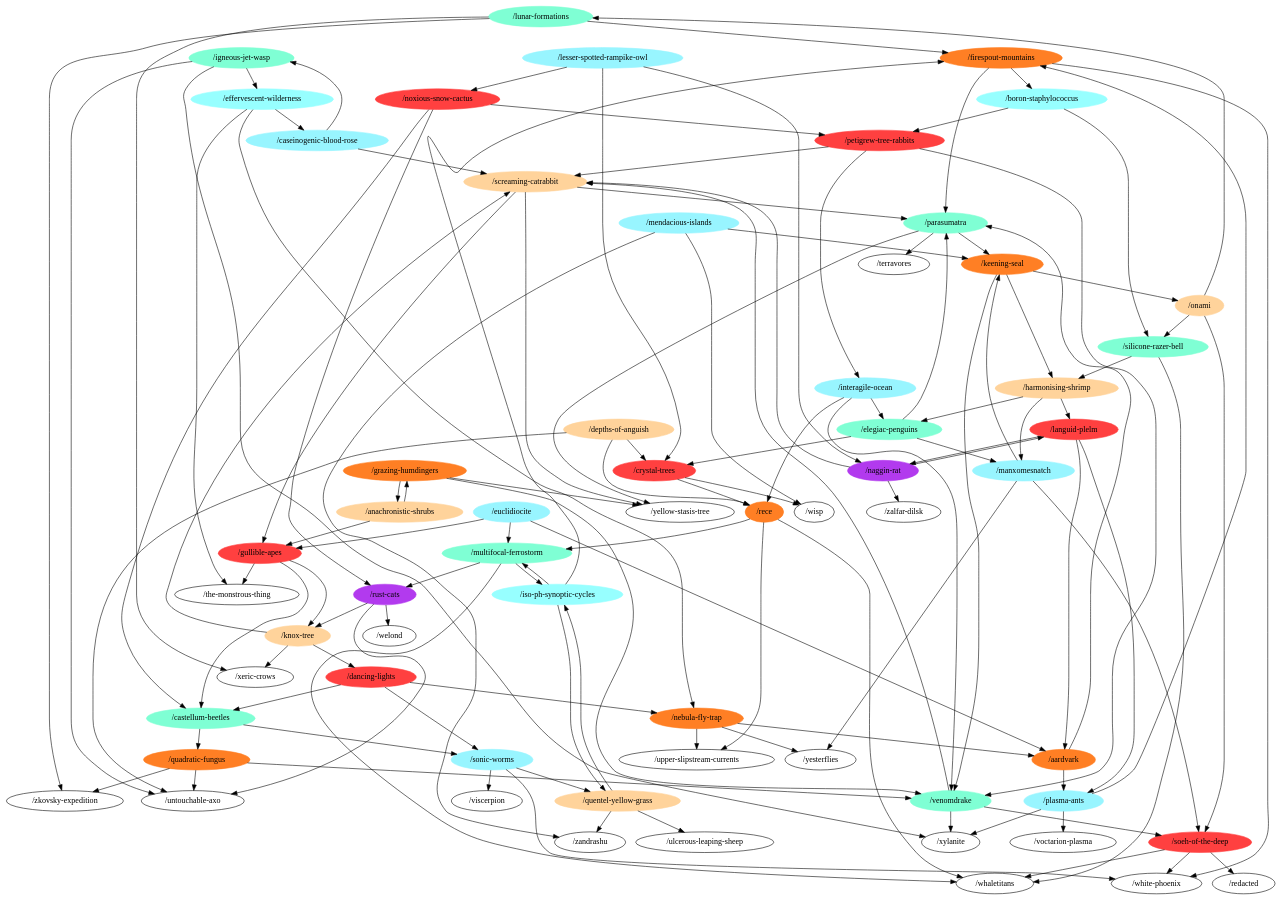
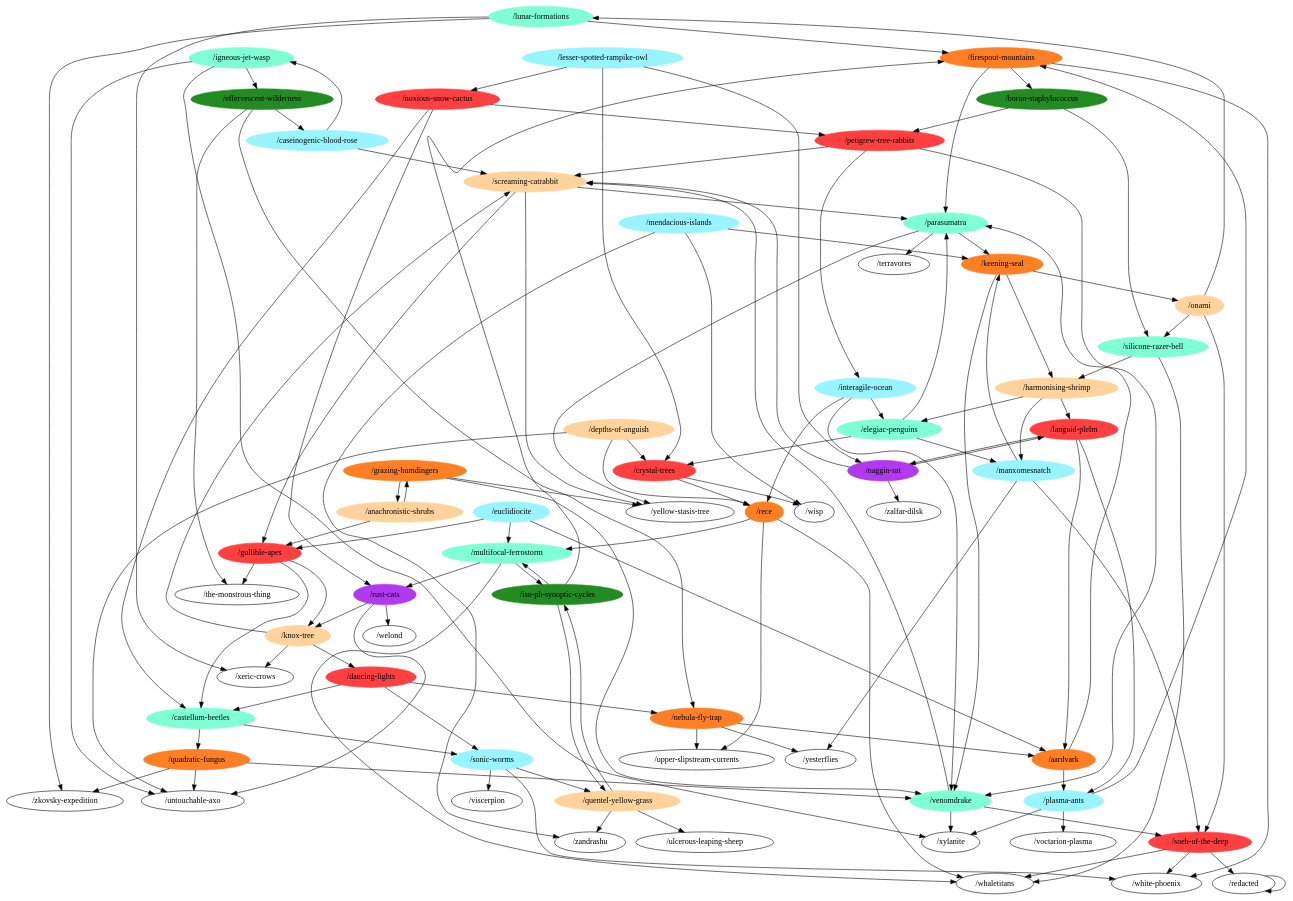
Before and after one commit to m-r-hunt/od117-walker: the diagram in foo.dot, drawn with Graphviz. The commit also changed 1 other file, not shown here.

```diff
--- a/foo.dot
+++ b/foo.dot
@@ -1,162 +1,163 @@
 digraph G {"/lunar-formations" -> "/firespout-mountains";
 "/lunar-formations" -> "/xeric-crows";
 "/lunar-formations" -> "/zkovsky-expedition";
 "/lunar-formations" [color=aquamarine,style=filled];
 "/naggin-rat" -> "/zalfar-dilsk";
 "/naggin-rat" -> "/languid-plelm";
 "/naggin-rat" -> "/screaming-catrabbit";
 "/naggin-rat" [color=darkorchid2,style=filled];
 "/iso-ph-synoptic-cycles" -> "/multifocal-ferrostorm";
 "/iso-ph-synoptic-cycles" -> "/firespout-mountains";
 "/iso-ph-synoptic-cycles" -> "/quentel-yellow-grass";
-"/iso-ph-synoptic-cycles" [color=darkslategray1,style=filled];
+"/iso-ph-synoptic-cycles" [color=forestgreen,style=filled];
 "/multifocal-ferrostorm" -> "/iso-ph-synoptic-cycles";
 "/multifocal-ferrostorm" -> "/rust-cats";
 "/multifocal-ferrostorm" -> "/whaletitans";
 "/multifocal-ferrostorm" [color=aquamarine,style=filled];
 "/effervescent-wilderness" -> "/nebula-fly-trap";
 "/effervescent-wilderness" -> "/the-monstrous-thing";
 "/effervescent-wilderness" -> "/caseinogenic-blood-rose";
-"/effervescent-wilderness" [color=darkslategray1,style=filled];
+"/effervescent-wilderness" [color=forestgreen,style=filled];
 "/harmonising-shrimp" -> "/languid-plelm";
 "/harmonising-shrimp" -> "/elegiac-penguins";
 "/harmonising-shrimp" -> "/manxomesnatch";
 "/harmonising-shrimp" [color=burlywood1,style=filled];
 "/soeh-of-the-deep" -> "/whaletitans";
 "/soeh-of-the-deep" -> "/white-phoenix";
 "/soeh-of-the-deep" -> "/redacted";
 "/soeh-of-the-deep" [color=brown1,style=filled];
 "/boron-staphylococcus" -> "/petigrew-tree-rabbits";
 "/boron-staphylococcus" -> "/silicone-razer-bell";
-"/boron-staphylococcus" [color=darkslategray1,style=filled];
+"/boron-staphylococcus" [color=forestgreen,style=filled];
 "/castellum-beetles" -> "/quadratic-fungus";
 "/castellum-beetles" -> "/sonic-worms";
 "/castellum-beetles" [color=aquamarine,style=filled];
 "/firespout-mountains" -> "/boron-staphylococcus";
 "/firespout-mountains" -> "/parasumatra";
 "/firespout-mountains" -> "/white-phoenix";
 "/firespout-mountains" [color=chocolate1,style=filled];
 "/nebula-fly-trap" -> "/upper-slipstream-currents";
 "/nebula-fly-trap" -> "/yesterflies";
 "/nebula-fly-trap" -> "/aardvark";
 "/nebula-fly-trap" [color=chocolate1,style=filled];
 "/igneous-jet-wasp" -> "/effervescent-wilderness";
 "/igneous-jet-wasp" -> "/untouchable-axo";
 "/igneous-jet-wasp" -> "/xylanite";
 "/igneous-jet-wasp" [color=aquamarine,style=filled];
 "/lesser-spotted-rampike-owl" -> "/naggin-rat";
 "/lesser-spotted-rampike-owl" -> "/noxious-snow-cactus";
 "/lesser-spotted-rampike-owl" -> "/crystal-trees";
 "/lesser-spotted-rampike-owl" [color=cadetblue1,style=filled];
 "/venomdrake" -> "/soeh-of-the-deep";
 "/venomdrake" -> "/xylanite";
 "/venomdrake" -> "/screaming-catrabbit";
 "/venomdrake" [color=aquamarine,style=filled];
 "/petigrew-tree-rabbits" -> "/venomdrake";
 "/petigrew-tree-rabbits" -> "/interagile-ocean";
 "/petigrew-tree-rabbits" -> "/screaming-catrabbit";
 "/petigrew-tree-rabbits" [color=brown1,style=filled];
 "/quentel-yellow-grass" -> "/iso-ph-synoptic-cycles";
 "/quentel-yellow-grass" -> "/zandrashu";
 "/quentel-yellow-grass" -> "/ulcerous-leaping-sheep";
 "/quentel-yellow-grass" [color=burlywood1,style=filled];
 "/noxious-snow-cactus" -> "/castellum-beetles";
 "/noxious-snow-cactus" -> "/petigrew-tree-rabbits";
 "/noxious-snow-cactus" -> "/rust-cats";
 "/noxious-snow-cactus" [color=brown1,style=filled];
 "/grazing-humdingers" -> "/venomdrake";
 "/grazing-humdingers" -> "/yellow-stasis-tree";
 "/grazing-humdingers" -> "/anachronistic-shrubs";
 "/grazing-humdingers" [color=chocolate1,style=filled];
 "/mendacious-islands" -> "/wisp";
 "/mendacious-islands" -> "/zandrashu";
 "/mendacious-islands" -> "/keening-seal";
 "/mendacious-islands" [color=cadetblue1,style=filled];
 "/dancing-lights" -> "/castellum-beetles";
 "/dancing-lights" -> "/nebula-fly-trap";
 "/dancing-lights" -> "/sonic-worms";
 "/dancing-lights" [color=brown1,style=filled];
 "/rece" -> "/multifocal-ferrostorm";
 "/rece" -> "/upper-slipstream-currents";
 "/rece" -> "/whaletitans";
 "/rece" [color=chocolate1,style=filled];
 "/languid-plelm" -> "/naggin-rat";
 "/languid-plelm" -> "/plasma-ants";
 "/languid-plelm" -> "/aardvark";
 "/languid-plelm" [color=brown1,style=filled];
 "/interagile-ocean" -> "/venomdrake";
 "/interagile-ocean" -> "/rece";
 "/interagile-ocean" -> "/elegiac-penguins";
 "/interagile-ocean" [color=cadetblue1,style=filled];
 "/quadratic-fungus" -> "/untouchable-axo";
 "/quadratic-fungus" -> "/venomdrake";
 "/quadratic-fungus" -> "/zkovsky-expedition";
 "/quadratic-fungus" [color=chocolate1,style=filled];
 "/rust-cats" -> "/untouchable-axo";
 "/rust-cats" -> "/welond";
 "/rust-cats" -> "/knox-tree";
 "/rust-cats" [color=darkorchid2,style=filled];
 "/euclidiocite" -> "/multifocal-ferrostorm";
 "/euclidiocite" -> "/gullible-apes";
 "/euclidiocite" -> "/aardvark";
 "/euclidiocite" [color=cadetblue1,style=filled];
 "/sonic-worms" -> "/quentel-yellow-grass";
 "/sonic-worms" -> "/viscerpion";
 "/sonic-worms" -> "/white-phoenix";
 "/sonic-worms" [color=cadetblue1,style=filled];
 "/crystal-trees" -> "/wisp";
 "/crystal-trees" -> "/rece";
 "/crystal-trees" [color=brown1,style=filled];
 "/silicone-razer-bell" -> "/harmonising-shrimp";
 "/silicone-razer-bell" -> "/whaletitans";
 "/silicone-razer-bell" [color=aquamarine,style=filled];
 "/depths-of-anguish" -> "/untouchable-axo";
 "/depths-of-anguish" -> "/rece";
 "/depths-of-anguish" -> "/crystal-trees";
 "/depths-of-anguish" [color=burlywood1,style=filled];
 "/elegiac-penguins" -> "/crystal-trees";
 "/elegiac-penguins" -> "/parasumatra";
 "/elegiac-penguins" -> "/manxomesnatch";
 "/elegiac-penguins" [color=aquamarine,style=filled];
 "/onami" -> "/lunar-formations";
 "/onami" -> "/soeh-of-the-deep";
 "/onami" -> "/silicone-razer-bell";
 "/onami" [color=burlywood1,style=filled];
 "/gullible-apes" -> "/castellum-beetles";
 "/gullible-apes" -> "/the-monstrous-thing";
 "/gullible-apes" -> "/knox-tree";
 "/gullible-apes" [color=brown1,style=filled];
 "/knox-tree" -> "/xeric-crows";
 "/knox-tree" -> "/dancing-lights";
 "/knox-tree" -> "/screaming-catrabbit";
 "/knox-tree" [color=burlywood1,style=filled];
 "/parasumatra" -> "/yellow-stasis-tree";
 "/parasumatra" -> "/keening-seal";
 "/parasumatra" -> "/terravores";
 "/parasumatra" [color=aquamarine,style=filled];
 "/manxomesnatch" -> "/soeh-of-the-deep";
 "/manxomesnatch" -> "/yesterflies";
 "/manxomesnatch" -> "/keening-seal";
 "/manxomesnatch" [color=cadetblue1,style=filled];
+"/redacted" -> "/redacted";
 "/plasma-ants" -> "/firespout-mountains";
 "/plasma-ants" -> "/xylanite";
 "/plasma-ants" -> "/voctarion-plasma";
 "/plasma-ants" [color=cadetblue1,style=filled];
 "/anachronistic-shrubs" -> "/grazing-humdingers";
 "/anachronistic-shrubs" -> "/gullible-apes";
 "/anachronistic-shrubs" [color=burlywood1,style=filled];
 "/keening-seal" -> "/harmonising-shrimp";
 "/keening-seal" -> "/venomdrake";
 "/keening-seal" -> "/onami";
 "/keening-seal" [color=chocolate1,style=filled];
 "/caseinogenic-blood-rose" -> "/igneous-jet-wasp";
 "/caseinogenic-blood-rose" -> "/screaming-catrabbit";
 "/caseinogenic-blood-rose" [color=cadetblue1,style=filled];
 "/screaming-catrabbit" -> "/yellow-stasis-tree";
 "/screaming-catrabbit" -> "/gullible-apes";
 "/screaming-catrabbit" -> "/parasumatra";
 "/screaming-catrabbit" [color=burlywood1,style=filled];
 "/aardvark" -> "/parasumatra";
 "/aardvark" -> "/plasma-ants";
 "/aardvark" [color=chocolate1,style=filled];
 }
```
